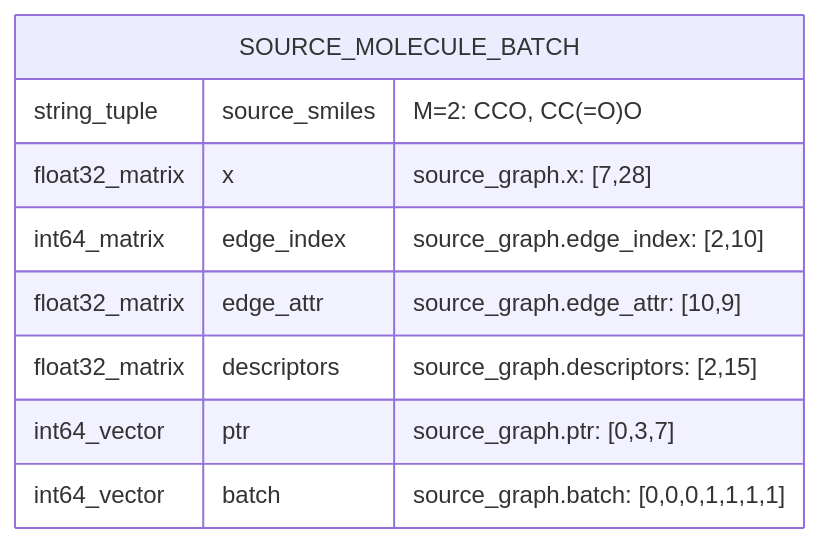
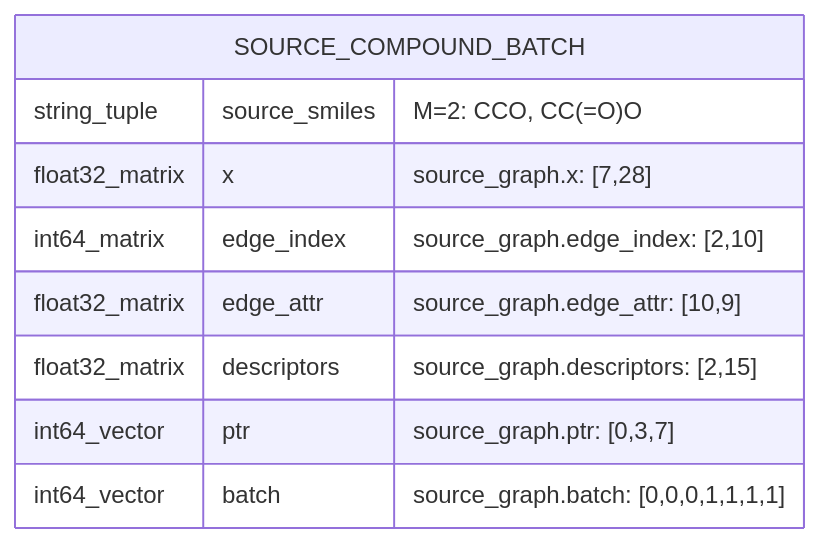
The first of 5 diagrams in fredis/ml/input/SCHEMA.md (MotohiroOGAWA/FREDIS), drawn with Mermaid before and after one commit. The commit also changed other lines of this file and 11 other files, not shown here.

Commit message:
refactor: Rename reaction_tree_index to reaction_source_compound_index across multiple modules

````diff
--- a/fredis/ml/input/SCHEMA.md
+++ b/fredis/ml/input/SCHEMA.md
@@ -28,12 +28,12 @@
 ```mermaid
 erDiagram
-    SOURCE_MOLECULE_BATCH {
+    SOURCE_COMPOUND_BATCH {
         string_tuple source_smiles "M=2: CCO, CC(=O)O"
         float32_matrix x "source_graph.x: [7,28]"
         int64_matrix edge_index "source_graph.edge_index: [2,10]"
         float32_matrix edge_attr "source_graph.edge_attr: [10,9]"
         float32_matrix descriptors "source_graph.descriptors: [2,15]"
         int64_vector ptr "source_graph.ptr: [0,3,7]"
         int64_vector batch "source_graph.batch: [0,0,0,1,1,1,1]"
     }
 ```
````
